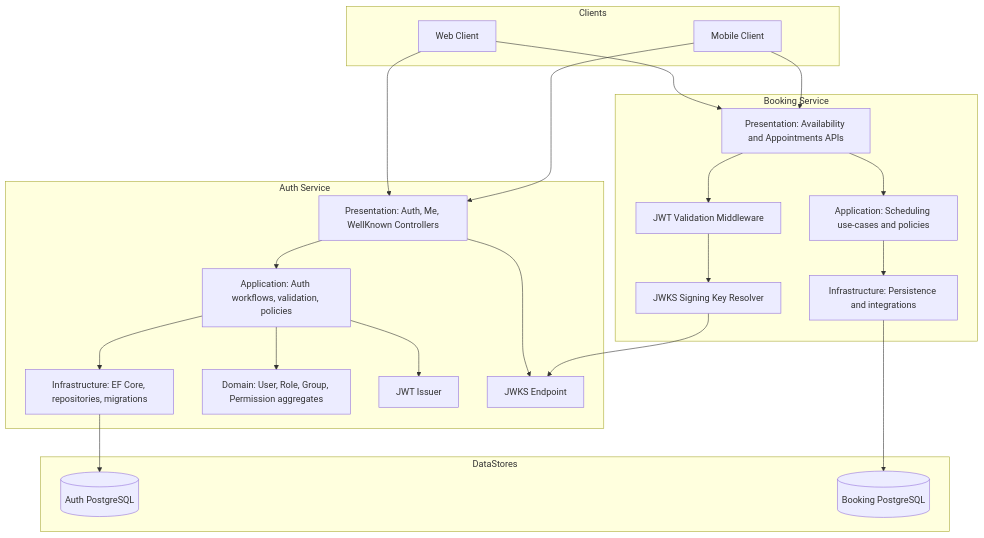
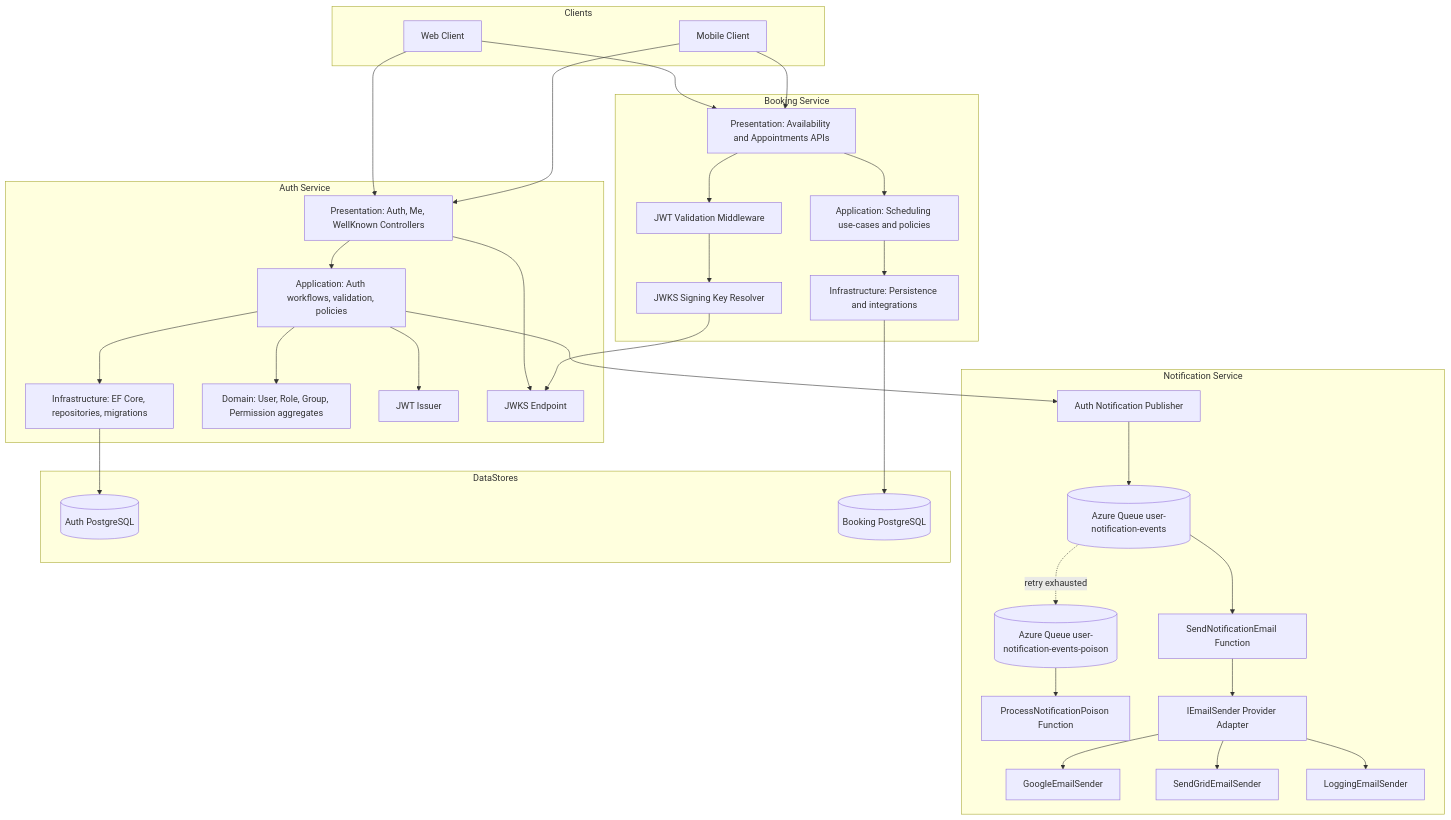
Before and after one commit to haudtech/vehicle-service-booking: the diagram in docs/ARCHITECTURE/AUTH_COMPONENTS_VIEW.md, drawn with Mermaid. The commit also changed other lines of this file and 5 other files, not shown here.

````diff
--- a/docs/ARCHITECTURE/AUTH_COMPONENTS_VIEW.md
+++ b/docs/ARCHITECTURE/AUTH_COMPONENTS_VIEW.md
@@ -10,43 +10,62 @@
 ```mermaid
 flowchart TB
     subgraph Clients
         Web[Web Client]
         Mobile[Mobile Client]
     end
 
     subgraph AuthService[Auth Service]
         AuthControllers[Presentation: Auth, Me, WellKnown Controllers]
         AuthApplication[Application: Auth workflows, validation, policies]
         AuthInfrastructure[Infrastructure: EF Core, repositories, migrations]
         AuthDomain[Domain: User, Role, Group, Permission aggregates]
         JwtIssuer[JWT Issuer]
         JwksEndpoint[JWKS Endpoint]
     end
 
     subgraph BookingService[Booking Service]
         BookingControllers[Presentation: Availability and Appointments APIs]
         BookingApplication[Application: Scheduling use-cases and policies]
         BookingInfrastructure[Infrastructure: Persistence and integrations]
         JwtValidation[JWT Validation Middleware]
         JwksKeyResolver[JWKS Signing Key Resolver]
     end
 
+    subgraph NotificationService[Notification Service]
+        Publisher[Auth Notification Publisher]
+        NotificationQueue[(Azure Queue user-notification-events)]
+        PoisonQueue[(Azure Queue user-notification-events-poison)]
+        NotificationFunction[SendNotificationEmail Function]
+        PoisonFunction[ProcessNotificationPoison Function]
+        EmailSender[IEmailSender Provider Adapter]
+        GoogleSender[GoogleEmailSender]
+        SendGridSender[SendGridEmailSender]
+        LoggingSender[LoggingEmailSender]
+    end
+
     subgraph DataStores
         AuthDb[(Auth PostgreSQL)]
         BookingDb[(Booking PostgreSQL)]
     end
 
     Web --> AuthControllers
     Mobile --> AuthControllers
 
     AuthControllers --> AuthApplication --> AuthInfrastructure --> AuthDb
     AuthApplication --> AuthDomain
     AuthApplication --> JwtIssuer
     AuthControllers --> JwksEndpoint
 
     Web --> BookingControllers
     Mobile --> BookingControllers
 
     BookingControllers --> JwtValidation --> JwksKeyResolver --> JwksEndpoint
     BookingControllers --> BookingApplication --> BookingInfrastructure --> BookingDb
+
+    AuthApplication --> Publisher --> NotificationQueue
+    NotificationQueue --> NotificationFunction --> EmailSender
+    EmailSender --> GoogleSender
+    EmailSender --> SendGridSender
+    EmailSender --> LoggingSender
+    NotificationQueue -. retry exhausted .-> PoisonQueue --> PoisonFunction
 ```
````
